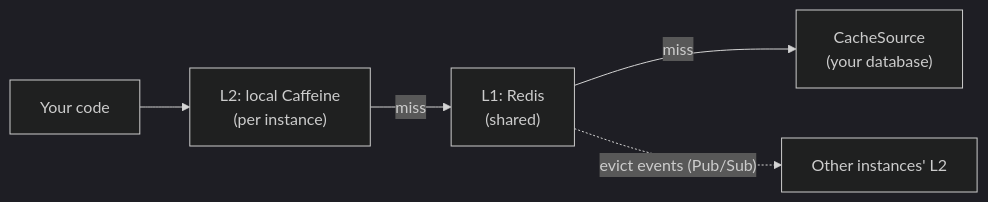
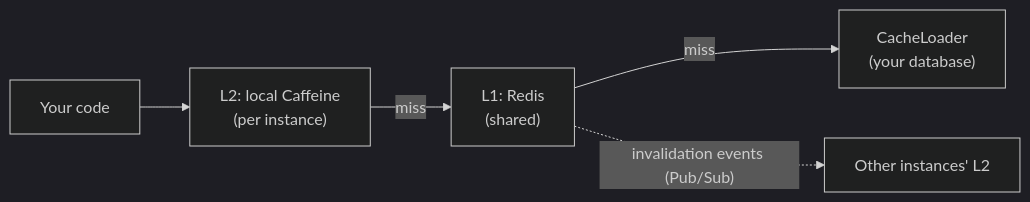
The diagram in wiki/guide/index.md (Ahoo-Wang/CoCache), drawn with Mermaid (dark theme) before and after one commit. The commit also changed other lines of this file and 23 other files, not shown here.

````diff
--- a/wiki/guide/index.md
+++ b/wiki/guide/index.md
@@ -16,7 +18,7 @@
 ```mermaid
 flowchart LR
     App["Your code"] --> L2["L2: local Caffeine<br>(per instance)"]
     L2 -- miss --> L1["L1: Redis<br>(shared)"]
-    L1 -- miss --> Src["CacheSource<br>(your database)"]
-    L1 -. "evict events (Pub/Sub)" .-> Peers["Other instances' L2"]
+    L1 -- miss --> Src["CacheLoader<br>(your database)"]
+    L1 -. "invalidation events (Pub/Sub)" .-> Peers["Other instances' L2"]
 ```
````
